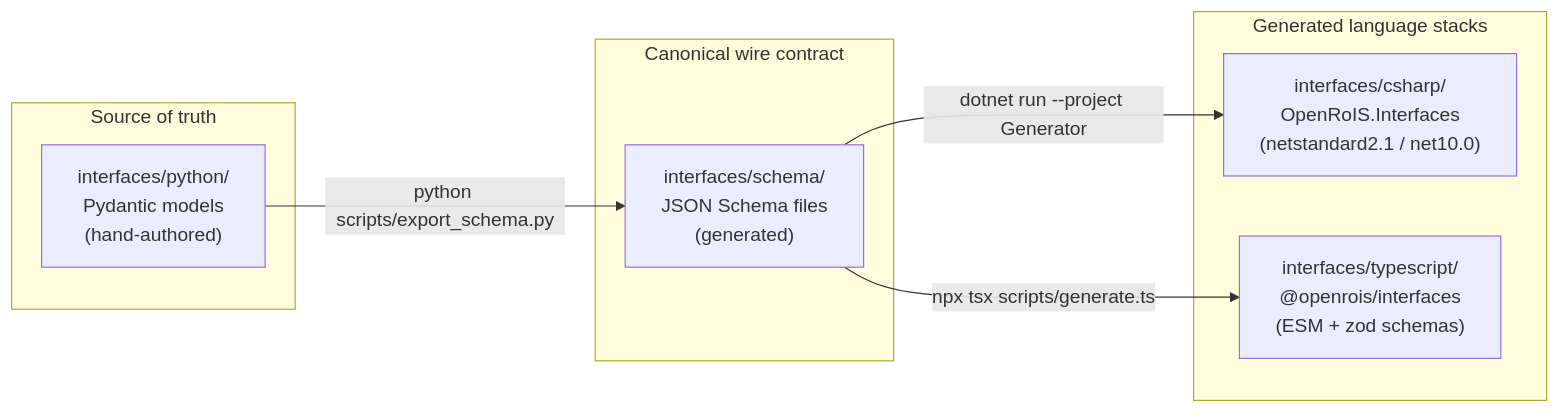
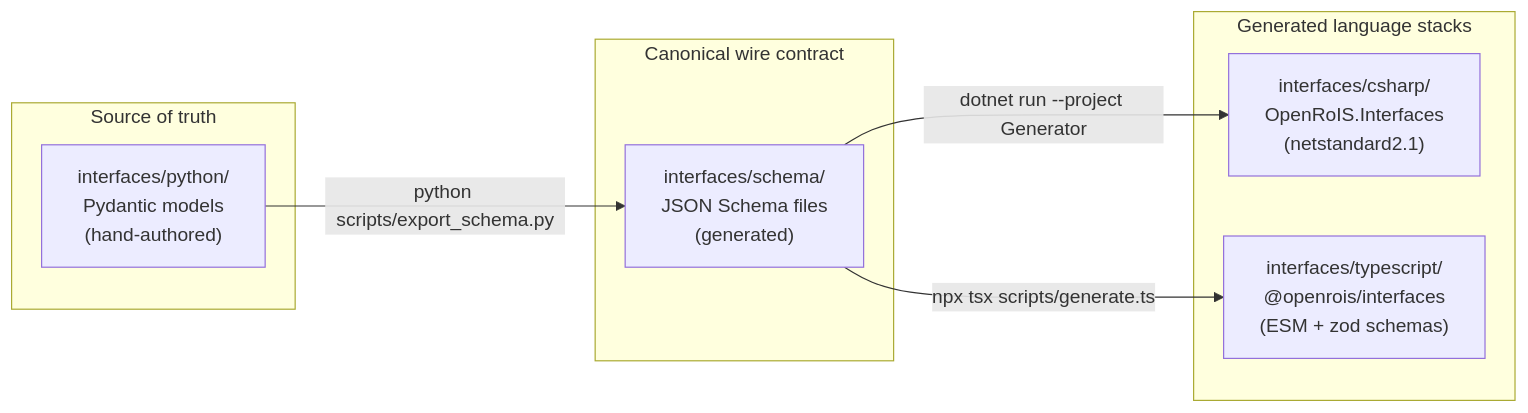
Before and after one commit to openrois/OpenRoIS: the fifth of 17 diagrams in docs/white-paper.md, drawn with Mermaid. The commit also changed other lines of this file and 3 other files, not shown here.

````diff
--- a/docs/white-paper.md
+++ b/docs/white-paper.md
@@ -411,19 +413,19 @@
 ```mermaid
 flowchart LR
     subgraph Source["Source of truth"]
         Py["interfaces/python/<br/>Pydantic models<br/>(hand-authored)"]
     end
 
     subgraph Wire["Canonical wire contract"]
         Schema["interfaces/schema/<br/>JSON Schema files<br/>(generated)"]
     end
 
     subgraph Generated["Generated language stacks"]
-        CS["interfaces/csharp/<br/>OpenRoIS.Interfaces<br/>(netstandard2.1 / net10.0)"]
+        CS["interfaces/csharp/<br/>OpenRoIS.Interfaces<br/>(netstandard2.1)"]
         TS["interfaces/typescript/<br/>@openrois/interfaces<br/>(ESM + zod schemas)"]
     end
 
     Py -->|"python scripts/export_schema.py"| Schema
     Schema -->|"dotnet run --project Generator"| CS
     Schema -->|"npx tsx scripts/generate.ts"| TS
 ```
````
